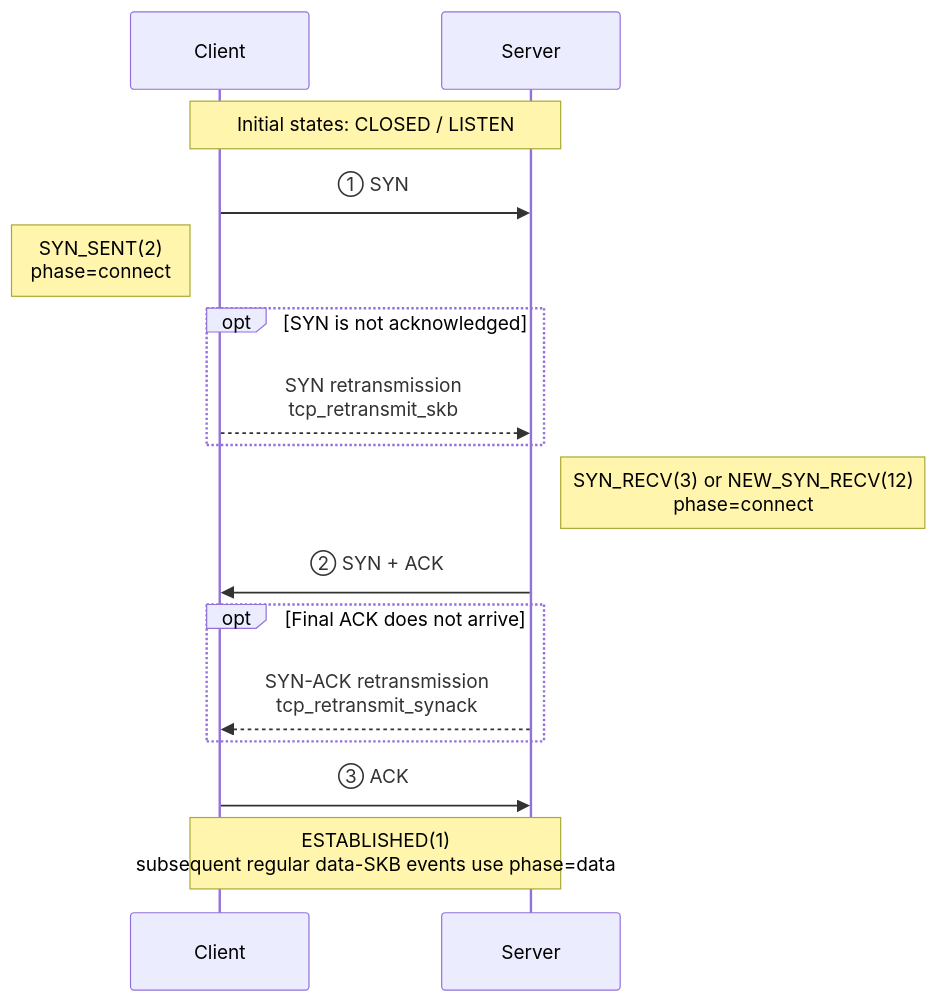
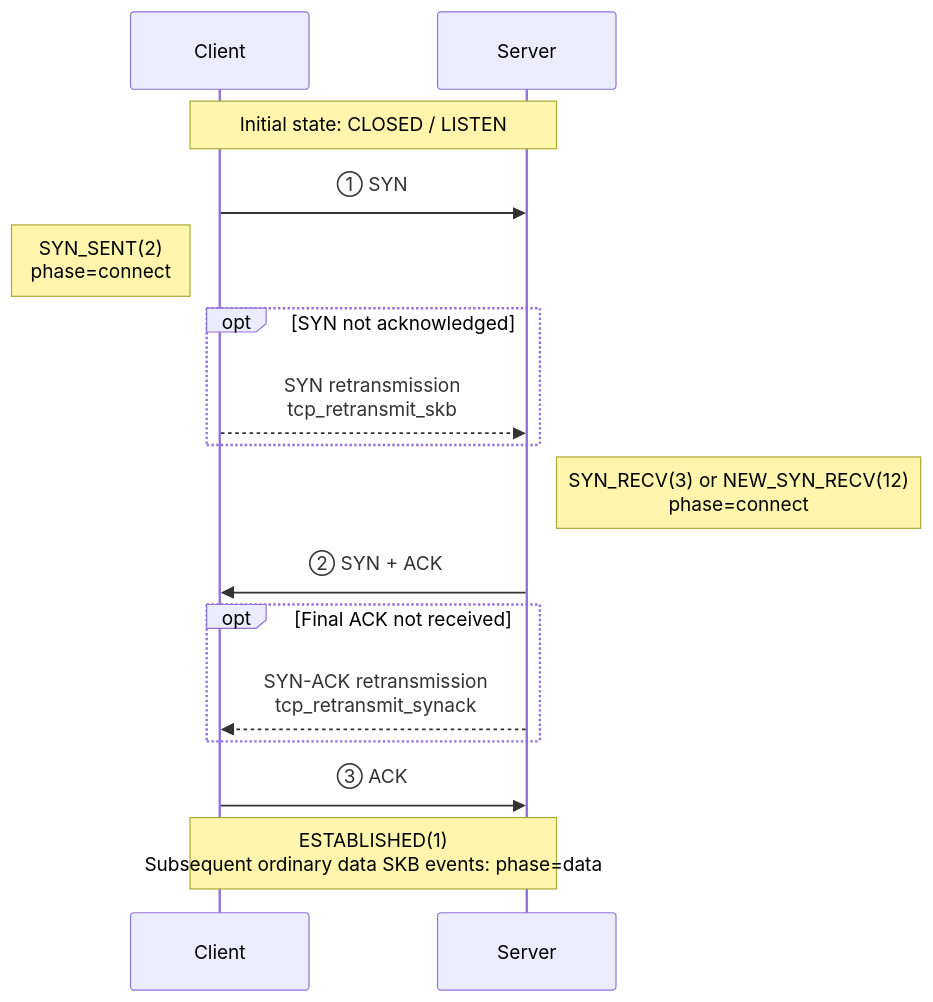
The diagram in docs/best-practice/tcpshark_en.md (ccfos/huatuo), drawn with Mermaid before and after one commit. The commit also changed other lines of this file and 92 other files, not shown here.

````diff
--- a/docs/best-practice/tcpshark_en.md
+++ b/docs/best-practice/tcpshark_en.md
@@ -260,18 +233,18 @@
 ```mermaid
 sequenceDiagram
     participant C as Client
     participant S as Server
-    Note over C,S: Initial states: CLOSED / LISTEN
+    Note over C,S: Initial state: CLOSED / LISTEN
     C->>S: ① SYN
     Note left of C: SYN_SENT(2)<br/>phase=connect
-    opt SYN is not acknowledged
+    opt SYN not acknowledged
         C-->>S: SYN retransmission<br/>tcp_retransmit_skb
     end
     Note right of S: SYN_RECV(3) or NEW_SYN_RECV(12)<br/>phase=connect
     S->>C: ② SYN + ACK
-    opt Final ACK does not arrive
+    opt Final ACK not received
         S-->>C: SYN-ACK retransmission<br/>tcp_retransmit_synack
     end
     C->>S: ③ ACK
-    Note over C,S: ESTABLISHED(1)<br/>subsequent regular data-SKB events use phase=data
+    Note over C,S: ESTABLISHED(1)<br/>Subsequent ordinary data SKB events: phase=data
 ```
````
